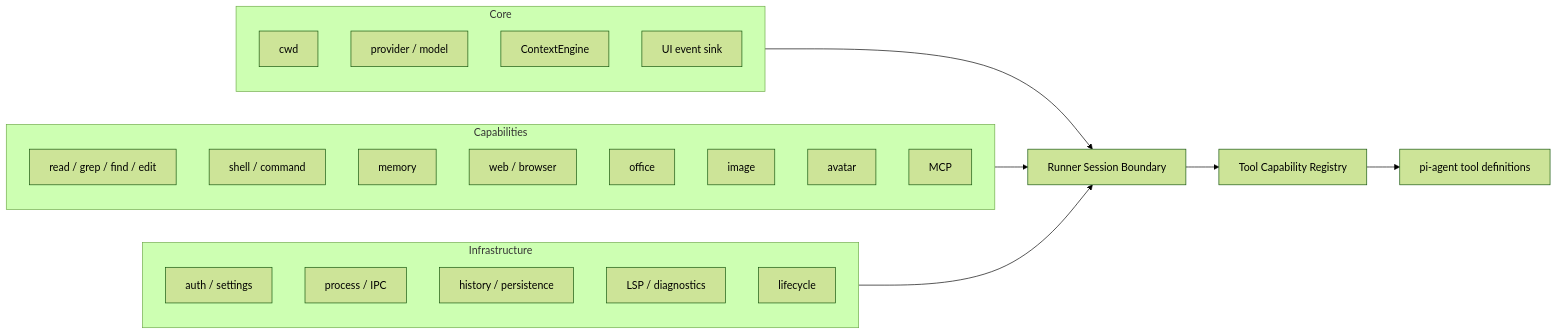
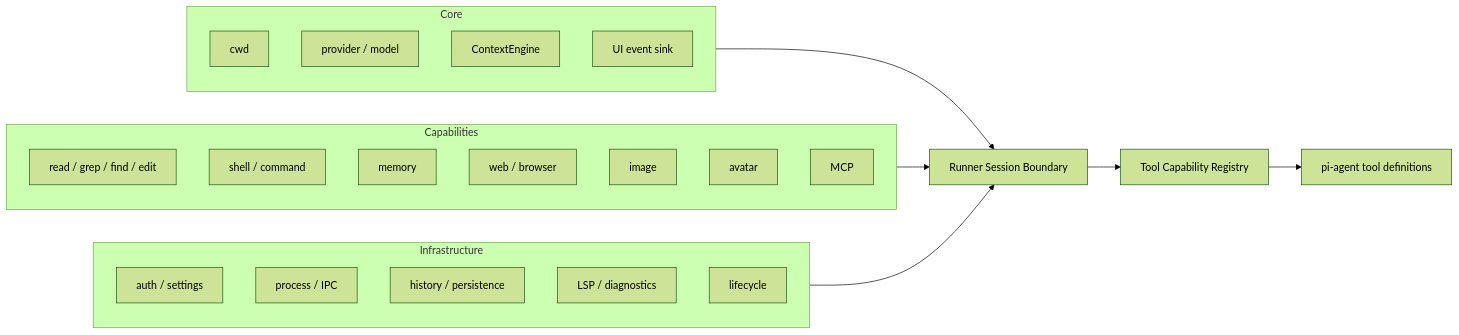
One commit to liuzhengdongfortest/march-cli changed the fourth of 7 diagrams in docs/architecture-boundaries.md. Above: the diagram before and after it, drawn with Mermaid (forest theme). The commit also changed 6 other files, not shown here.

````diff
--- a/docs/architecture-boundaries.md
+++ b/docs/architecture-boundaries.md
@@ -74,31 +74,30 @@
 ```mermaid
 flowchart LR
   subgraph Core[Core]
     Cwd[cwd]
     Model[provider / model]
     Engine[ContextEngine]
     UI[UI event sink]
   end
   subgraph Capabilities[Capabilities]
     Files[read / grep / find / edit]
     Shell[shell / command]
     Memory[memory]
     Web[web / browser]
-    Office[office]
     Image[image]
     Avatar[avatar]
     MCP[MCP]
   end
   subgraph Infra[Infrastructure]
     Auth[auth / settings]
     Process[process / IPC]
     History[history / persistence]
     LSP[LSP / diagnostics]
     Lifecycle[lifecycle]
   end
   Core --> Boundary[Runner Session Boundary]
   Capabilities --> Boundary
   Infra --> Boundary
   Boundary --> Registry[Tool Capability Registry]
   Registry --> PiTools[pi-agent tool definitions]
 ```
````
